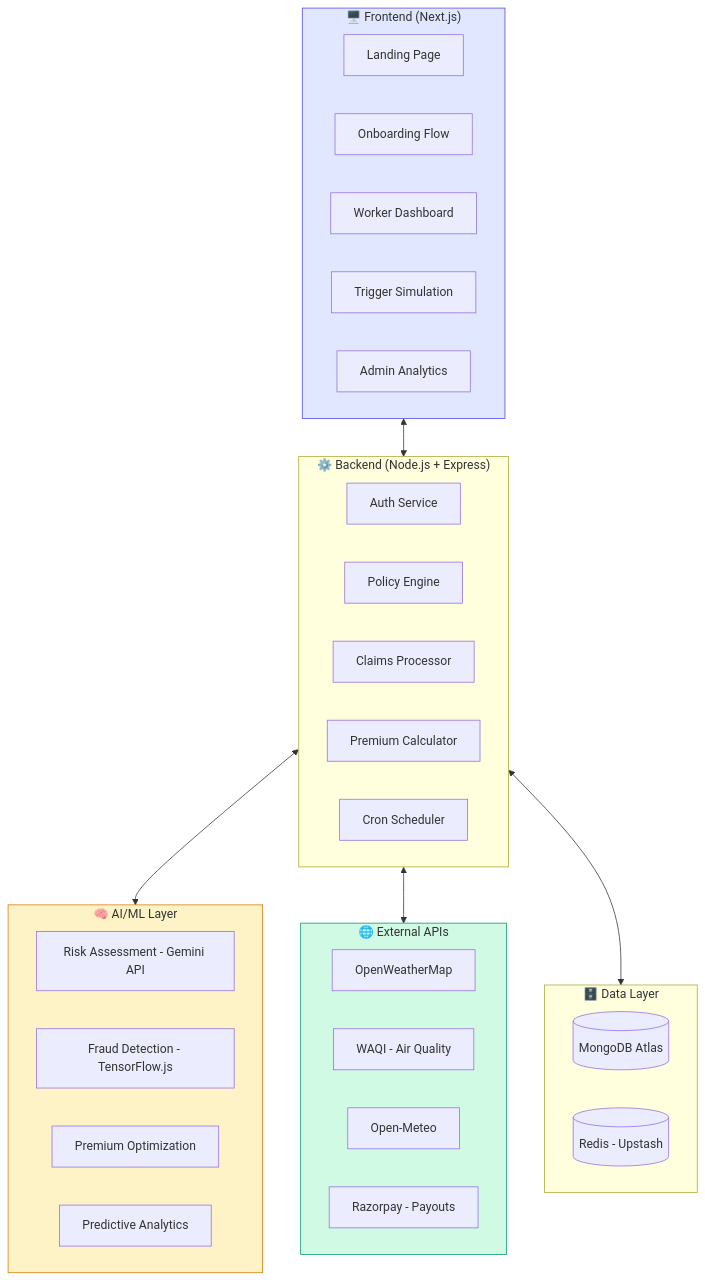
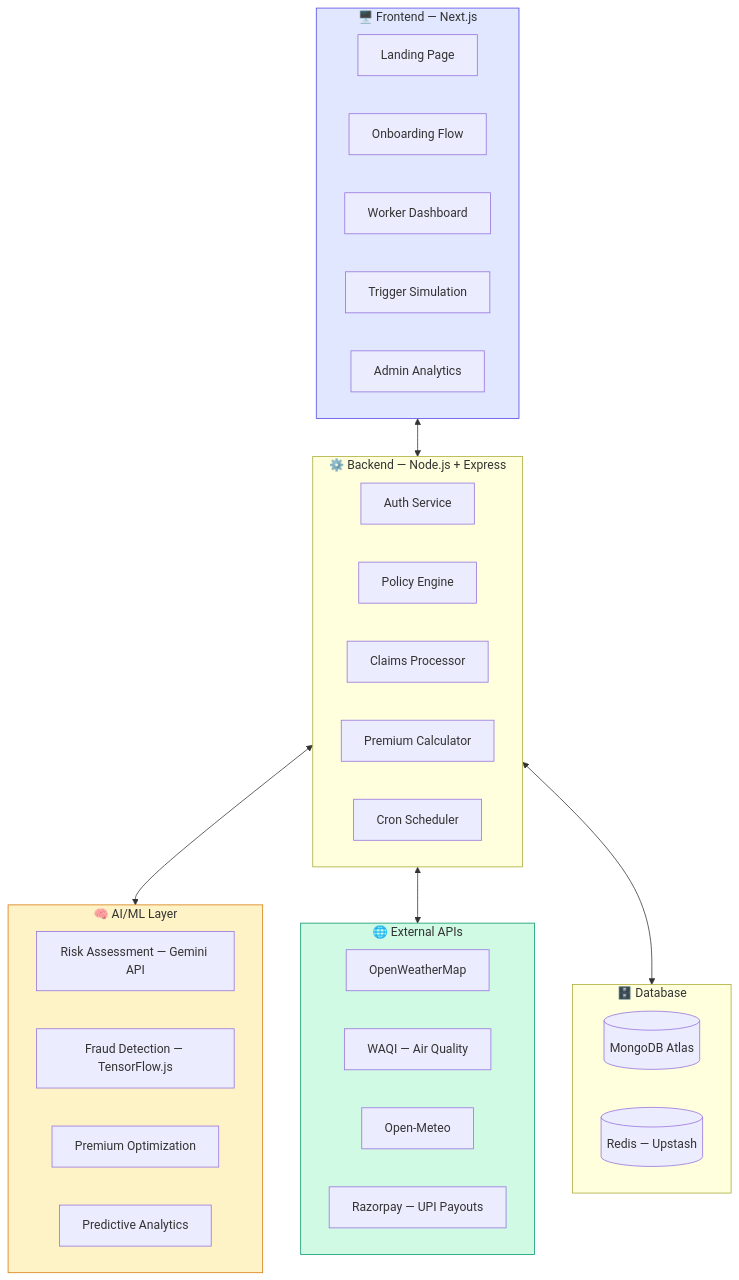
One commit to DunakaChetan/Kavach-GW changed the fifth of 9 diagrams in README.md. Above: the diagram before and after it, drawn with Mermaid. The commit also changed other lines of this file and 1 other file, not shown here.

````diff
--- a/README.md
+++ b/README.md
@@ -106,46 +221,46 @@
 ```mermaid
 flowchart TB
-    subgraph Frontend["🖥️ Frontend (Next.js)"]
+    subgraph Frontend["🖥️ Frontend — Next.js"]
         FE1[Landing Page]
         FE2[Onboarding Flow]
         FE3[Worker Dashboard]
         FE4[Trigger Simulation]
         FE5[Admin Analytics]
     end
 
-    subgraph Backend["⚙️ Backend (Node.js + Express)"]
+    subgraph Backend["⚙️ Backend — Node.js + Express"]
         BE1[Auth Service]
         BE2[Policy Engine]
         BE3[Claims Processor]
         BE4[Premium Calculator]
         BE5[Cron Scheduler]
     end
 
     subgraph AI_ML["🧠 AI/ML Layer"]
-        AI1[Risk Assessment - Gemini API]
-        AI2[Fraud Detection - TensorFlow.js]
+        AI1[Risk Assessment — Gemini API]
+        AI2[Fraud Detection — TensorFlow.js]
         AI3[Premium Optimization]
         AI4[Predictive Analytics]
     end
 
     subgraph External["🌐 External APIs"]
         EX1[OpenWeatherMap]
-        EX2[WAQI - Air Quality]
+        EX2[WAQI — Air Quality]
         EX3[Open-Meteo]
-        EX4[Razorpay - Payouts]
+        EX4[Razorpay — UPI Payouts]
     end
 
-    subgraph Data["🗄️ Data Layer"]
+    subgraph Data["🗄️ Database"]
         DB1[(MongoDB Atlas)]
-        DB2[(Redis - Upstash)]
+        DB2[(Redis — Upstash)]
     end
 
     Frontend <--> Backend
     Backend <--> AI_ML
     Backend <--> External
     Backend <--> Data
 
     style Frontend fill:#e0e7ff,stroke:#4f46e5
     style AI_ML fill:#fef3c7,stroke:#d97706
     style External fill:#d1fae5,stroke:#059669
 ```
````
